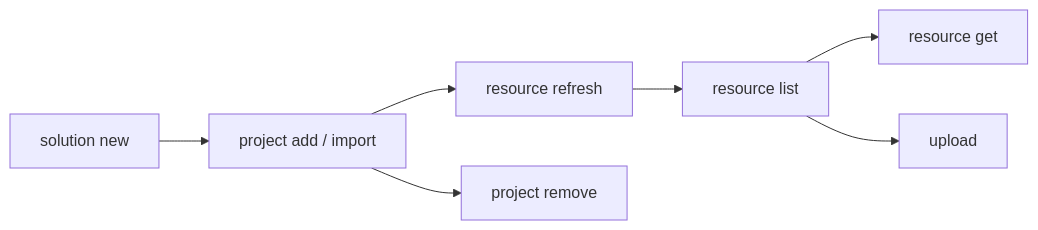
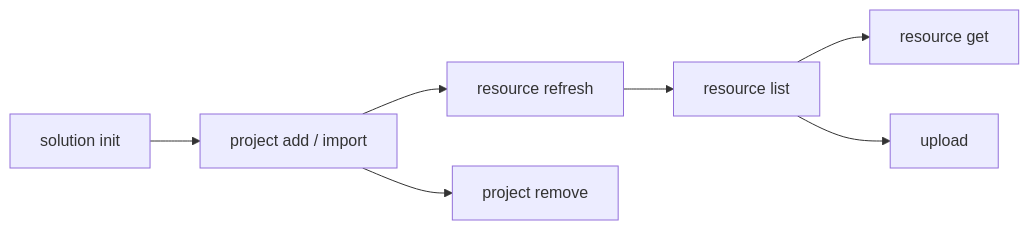
The diagram in skills/uipath-platform/references/solution/develop-solution.md (UiPath/skills), drawn with Mermaid before and after one commit. The commit also changed other lines of this file and 27 other files, not shown here.

````diff
--- a/skills/uipath-platform/references/solution/develop-solution.md
+++ b/skills/uipath-platform/references/solution/develop-solution.md
@@ -20,9 +20,9 @@
 ```mermaid
 graph LR
-    A[solution new] --> B[project add / import]
+    A[solution init] --> B[project add / import]
     B --> C[resource refresh]
     C --> D[resource list]
     D --> G[resource get]
     D --> E[upload]
     B --> F[project remove]
 ```
````
